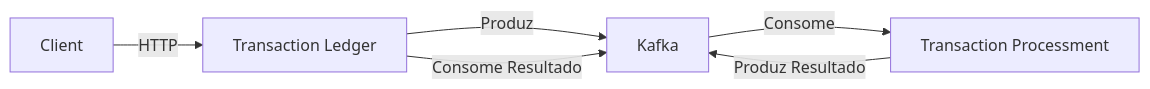
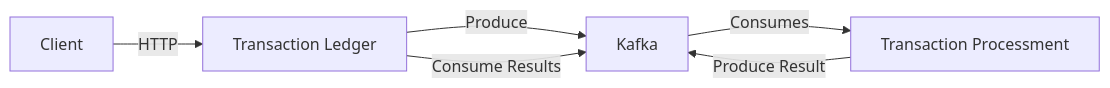
The diagram in README.md (NathanGdS/transaction-hub), drawn with Mermaid before and after one commit.

Commit message:
docs: arquitetura

````diff
--- a/README.md
+++ b/README.md
@@ -18,8 +18,8 @@
 ```mermaid
 graph LR
     Client --> |HTTP| TL[Transaction Ledger]
-    TL --> |Produz| Kafka
-    Kafka --> |Consome| TP[Transaction Processment]
-    TP --> |Produz Resultado| Kafka
-    TL --> |Consome Resultado| Kafka
+    TL --> |Produce| Kafka
+    Kafka --> |Consumes| TP[Transaction Processment]
+    TP --> |Produce Result| Kafka
+    TL --> |Consume Results| Kafka
 ```
````
